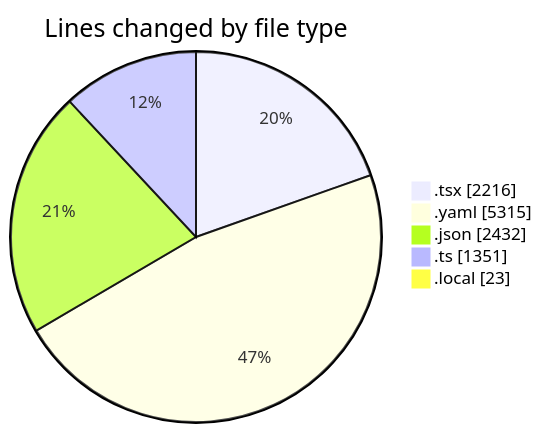
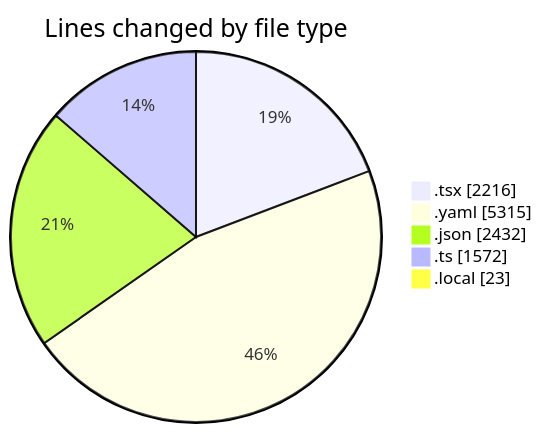
The first of 2 diagrams in 2025-11-07/eventscop-frontend-guide__workspace_/README.md (julien-gomy/code-tracking), drawn with Mermaid before and after one commit. The commit also changed other lines of this file and 1 other file, not shown here.

````diff
--- a/2025-11-07/eventscop-frontend-guide__workspace_/README.md
+++ b/2025-11-07/eventscop-frontend-guide__workspace_/README.md
@@ -51,9 +52,9 @@
 ```mermaid
 pie showData
 title Lines changed by file type
 ".tsx" : 2216
 ".yaml" : 5315
 ".json" : 2432
-".ts" : 1351
+".ts" : 1572
 ".local" : 23
 ```
````
